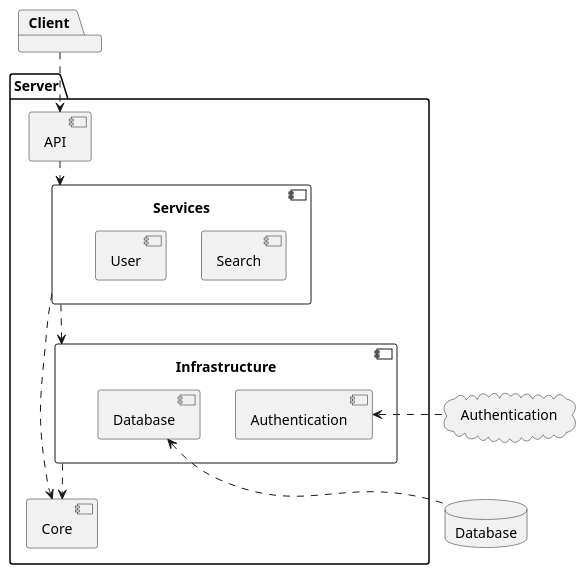
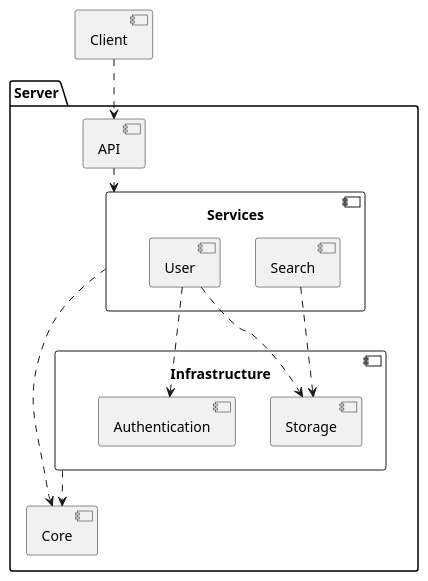
Before and after one commit to toffernator/blueberry: the diagram in docs/uml/subsystem-decomp.puml, drawn with PlantUML.

Commit message:
Remove External Systems + More Internal Dependencies

```diff
--- a/docs/uml/subsystem-decomp.puml
+++ b/docs/uml/subsystem-decomp.puml
@@ -1,31 +1,29 @@
 @startuml
 
-package "Client"
-cloud Authentication
-database Database
+component Client
 
-package "Server" {
+package Server {
     [Core]
     [API]
     component "Infrastructure" {
-        [Database] as InfDb
+        [Storage]
         [Authentication] as InfAuth
     }
     component "Services" {
         [Search]
         [User]
     }
 }
 
 Client .down.> API
 
 API ..> Services
-Services ..> Infrastructure
 
-Authentication .left.> InfAuth
-Database .up.> InfDb
+User ..> InfAuth
+User ..> Storage
+Search ..> Storage
 
 Infrastructure ..> Core
 Services ..> Core
 
 @enduml
```
